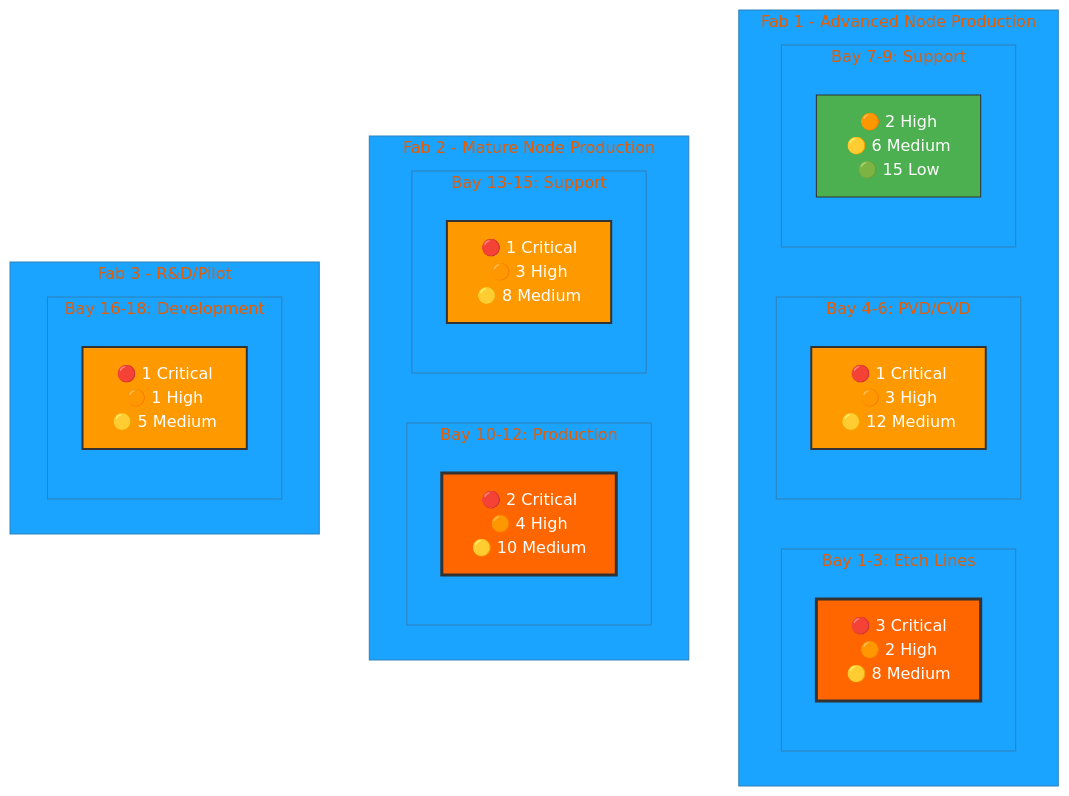
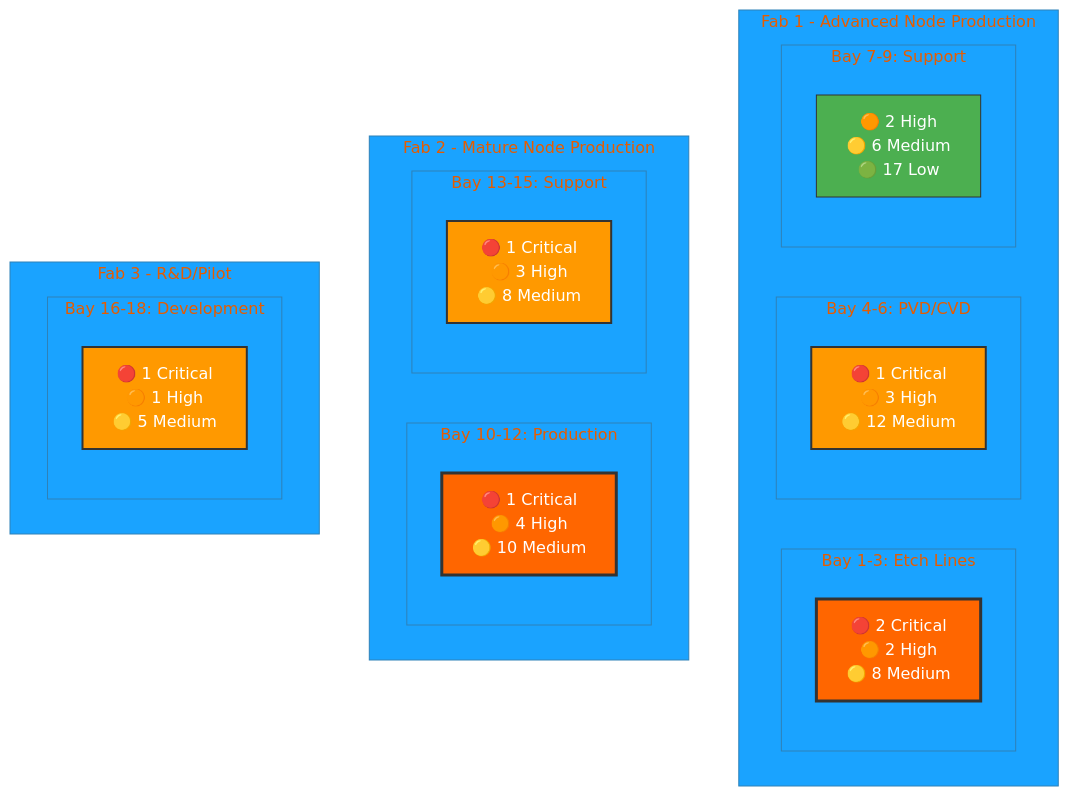
Before and after one commit to StephanieHepp/Risk-Assessment: the third of 10 diagrams in scaled_vacuum_report_200.md, drawn with Mermaid.

````diff
--- a/scaled_vacuum_report_200.md
+++ b/scaled_vacuum_report_200.md
@@ -40,39 +40,39 @@
 ```mermaid
 %%{init: {'theme':'base', 'themeVariables': {'primaryColor':'#ff6600', 'secondaryColor':'#4CAF50'}}}%%
 graph TB
     subgraph "Fab 1 - Advanced Node Production"
         subgraph "Bay 1-3: Etch Lines"
-            F1B1["🔴 3 Critical<br/>🟠 2 High<br/>🟡 8 Medium"]
+            F1B1["🔴 2 Critical<br/>🟠 2 High<br/>🟡 8 Medium"]
         end
         subgraph "Bay 4-6: PVD/CVD"
             F1B2["🔴 1 Critical<br/>🟠 3 High<br/>🟡 12 Medium"]
         end
         subgraph "Bay 7-9: Support"
-            F1B3["🟠 2 High<br/>🟡 6 Medium<br/>🟢 15 Low"]
+            F1B3["🟠 2 High<br/>🟡 6 Medium<br/>🟢 17 Low"]
         end
     end
     
     subgraph "Fab 2 - Mature Node Production"
         subgraph "Bay 10-12: Production"
-            F2B1["🔴 2 Critical<br/>🟠 4 High<br/>🟡 10 Medium"]
+            F2B1["🔴 1 Critical<br/>🟠 4 High<br/>🟡 10 Medium"]
         end
         subgraph "Bay 13-15: Support"
             F2B2["🔴 1 Critical<br/>🟠 3 High<br/>🟡 8 Medium"]
         end
     end
     
     subgraph "Fab 3 - R&D/Pilot"
         subgraph "Bay 16-18: Development"
             F3B1["🔴 1 Critical<br/>🟠 1 High<br/>🟡 5 Medium"]
         end
     end
     
     classDef critical fill:#ff6600,stroke:#333,stroke-width:3px,color:#fff
     classDef high fill:#ff9900,stroke:#333,stroke-width:2px,color:#fff
     classDef medium fill:#ffcc00,stroke:#333,stroke-width:2px,color:#000
     classDef lowrisk fill:#4CAF50,stroke:#333,stroke-width:1px,color:#fff
     
     class F1B1,F2B1 critical
     class F1B2,F2B2,F3B1 high
     class F1B3 lowrisk
 ```
````
